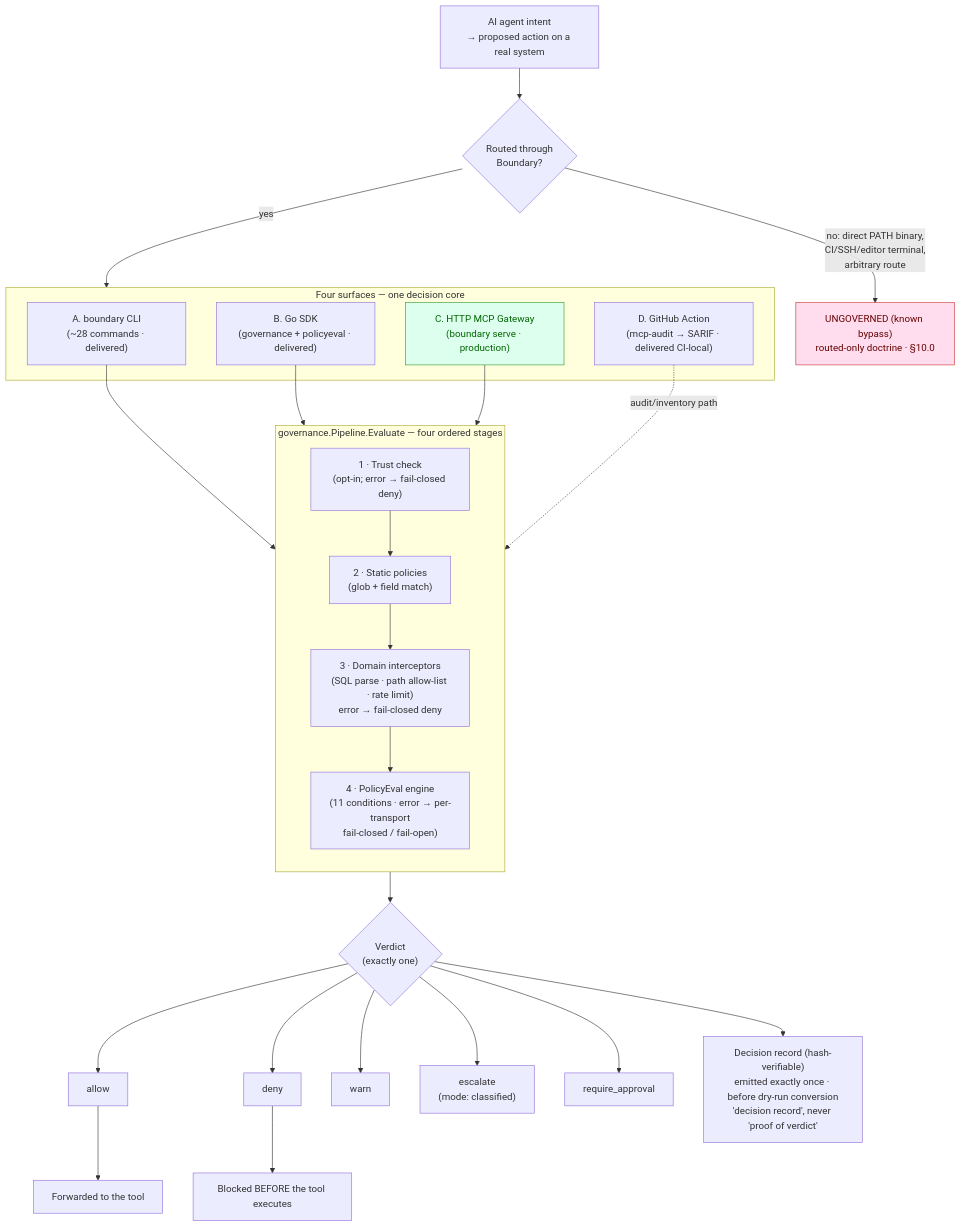
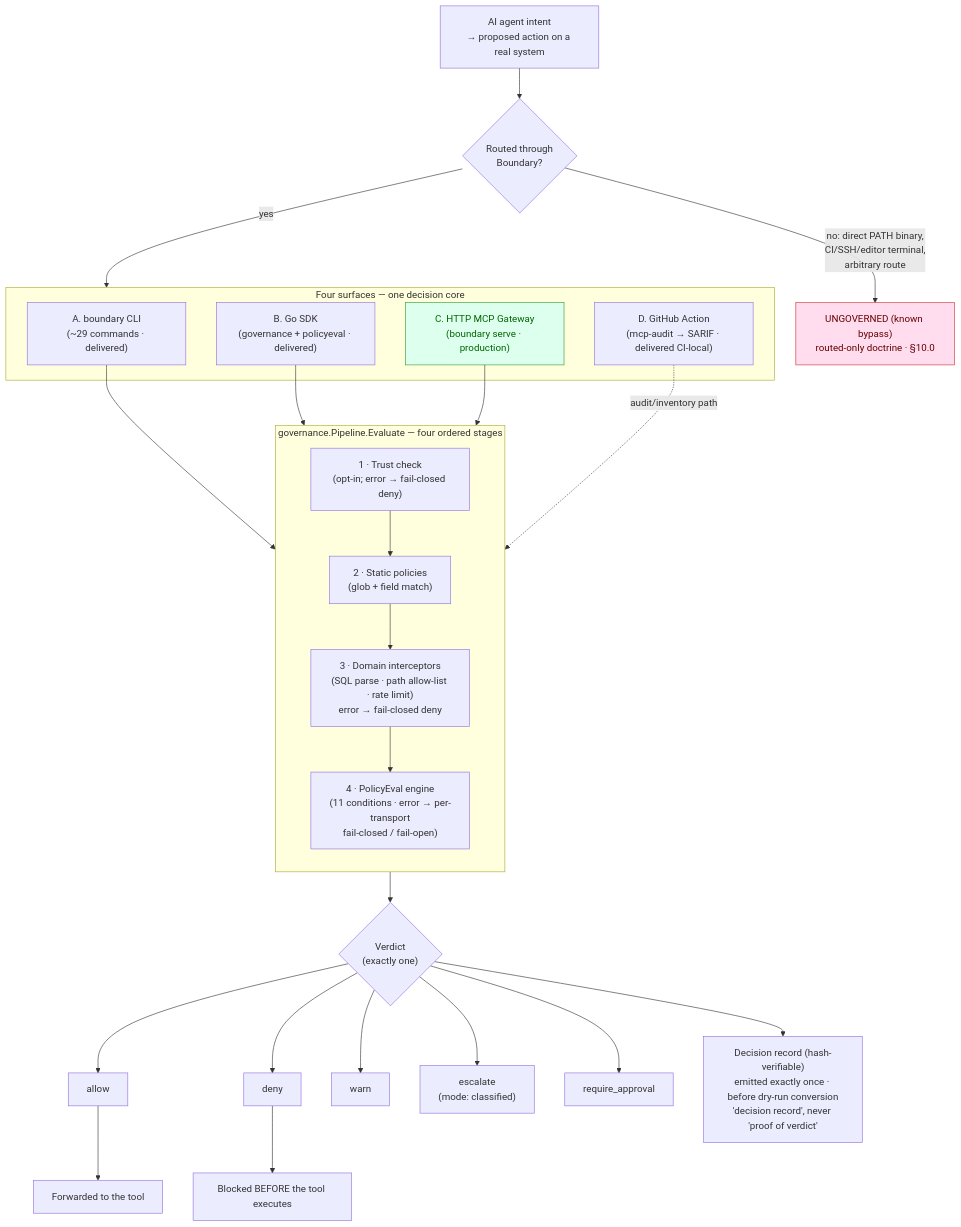
Before and after one commit to Fulcrum-Governance/Fulcrum-Boundary: the diagram in docs/BOUNDARY_SPEC.md, drawn with Mermaid. The commit also changed other lines of this file and 7 other files, not shown here.

````diff
--- a/docs/BOUNDARY_SPEC.md
+++ b/docs/BOUNDARY_SPEC.md
@@ -343,45 +343,45 @@
 ```mermaid
 flowchart TB
     subgraph Entrypoints["Four surfaces — one decision core"]
-        CLI["A. boundary CLI<br/>(~28 commands · delivered)"]
+        CLI["A. boundary CLI<br/>(~29 commands · delivered)"]
         SDK["B. Go SDK<br/>(governance + policyeval · delivered)"]
         GW["C. HTTP MCP Gateway<br/>(boundary serve · production)"]
         GHA["D. GitHub Action<br/>(mcp-audit → SARIF · delivered CI-local)"]
     end
 
     Agent["AI agent intent<br/>→ proposed action on a real system"] --> Route
 
     Route{"Routed through<br/>Boundary?"}
     Route -- "no: direct PATH binary,<br/>CI/SSH/editor terminal,<br/>arbitrary route" --> Bypass["UNGOVERNED (known bypass)<br/>routed-only doctrine · §10.0"]
     Route -- "yes" --> Entrypoints
 
     CLI --> P
     SDK --> P
     GW --> P
     GHA -. "audit/inventory path" .-> P
 
     subgraph P["governance.Pipeline.Evaluate — four ordered stages"]
         direction TB
         S1["1 · Trust check<br/>(opt-in; error → fail-closed deny)"] --> S2
         S2["2 · Static policies<br/>(glob + field match)"] --> S3
         S3["3 · Domain interceptors<br/>(SQL parse · path allow-list · rate limit)<br/>error → fail-closed deny"] --> S4
         S4["4 · PolicyEval engine<br/>(11 conditions · error → per-transport<br/>fail-closed / fail-open)"]
     end
 
     P --> Verdict{"Verdict<br/>(exactly one)"}
     Verdict --> ALLOW["allow"]
     Verdict --> DENY["deny"]
     Verdict --> WARN["warn"]
     Verdict --> ESC["escalate<br/>(mode: classified)"]
     Verdict --> REQ["require_approval"]
 
     DENY --> Block["Blocked BEFORE the tool executes"]
     ALLOW --> Forward["Forwarded to the tool"]
 
     Verdict --> Audit["Decision record (hash-verifiable)<br/>emitted exactly once · before dry-run conversion<br/>'decision record', never 'proof of verdict'"]
 
     classDef bypass fill:#fde,stroke:#c33,color:#600;
     classDef prod fill:#dfe,stroke:#393,color:#060;
     class Bypass bypass;
     class GW prod;
 ```
````
